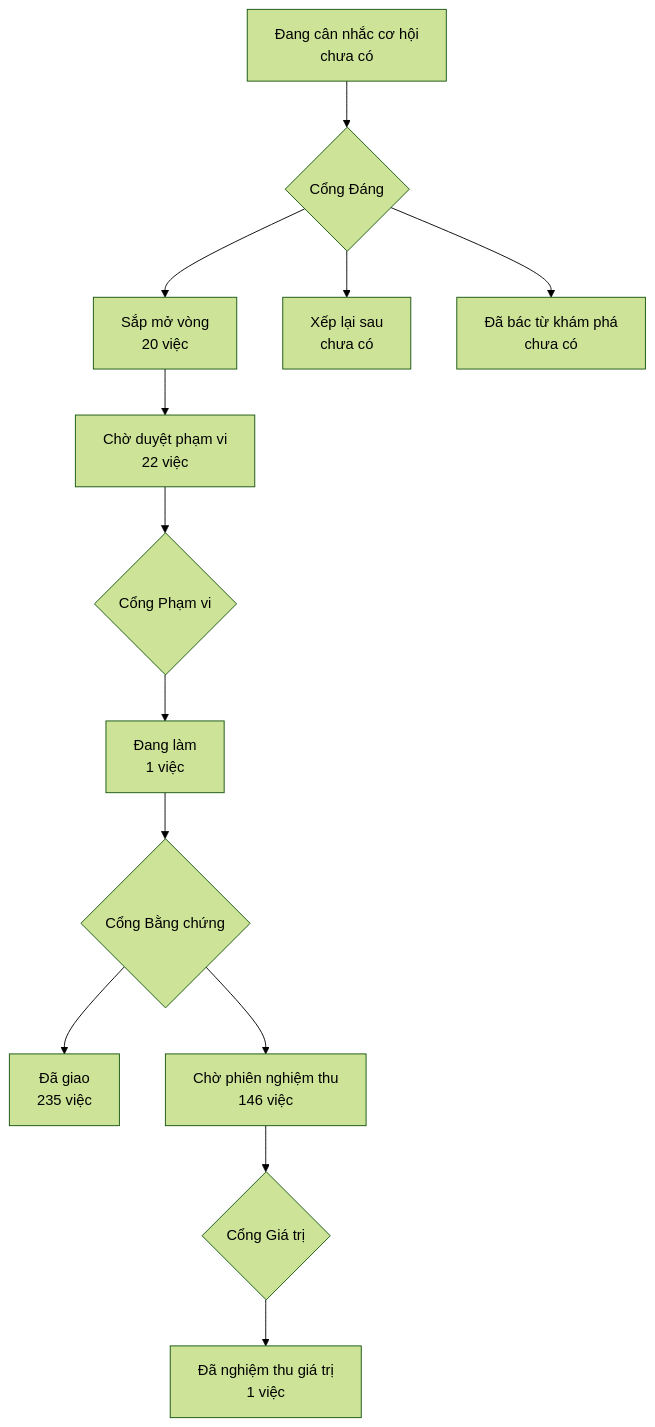
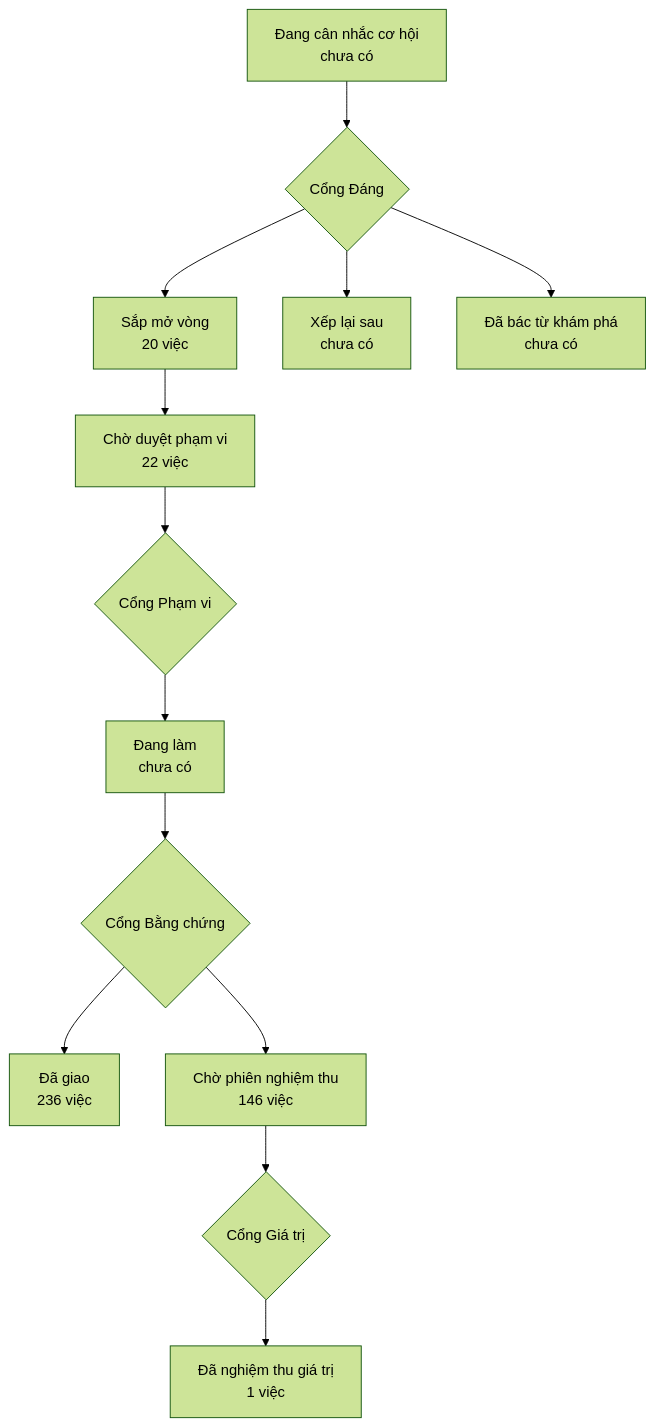
Before and after one commit to phanlemanh/onehub-invest: the diagram in PRODUCT-MAP.md, drawn with Mermaid (forest theme). The commit also changed other lines of this file and 5 other files, not shown here.

````diff
--- a/PRODUCT-MAP.md
+++ b/PRODUCT-MAP.md
@@ -7,12 +7,12 @@
 ```mermaid
 flowchart TD
   A["Đang cân nhắc cơ hội<br/>chưa có"] --> GD{"Cổng Đáng"}
   GD --> B["Sắp mở vòng<br/>20 việc"]
   GD --> XL["Xếp lại sau<br/>chưa có"]
   GD --> DB["Đã bác từ khám phá<br/>chưa có"]
   B --> CD["Chờ duyệt phạm vi<br/>22 việc"] --> GP{"Cổng Phạm vi"}
-  GP --> DL["Đang làm<br/>1 việc"] --> GB{"Cổng Bằng chứng"}
-  GB --> DG["Đã giao<br/>235 việc"]
+  GP --> DL["Đang làm<br/>chưa có"] --> GB{"Cổng Bằng chứng"}
+  GB --> DG["Đã giao<br/>236 việc"]
   GB --> CN["Chờ phiên nghiệm thu<br/>146 việc"] --> GG{"Cổng Giá trị"}
   GG --> NT["Đã nghiệm thu giá trị<br/>1 việc"]
 ```
````
